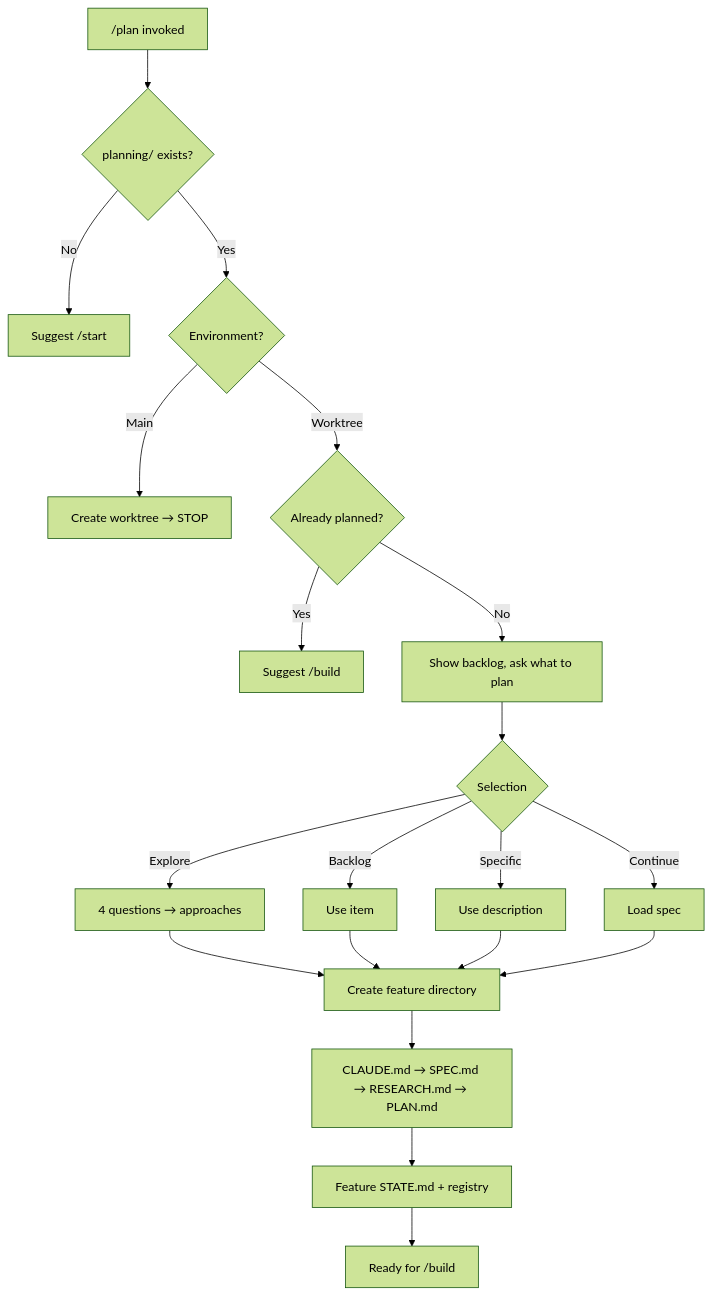
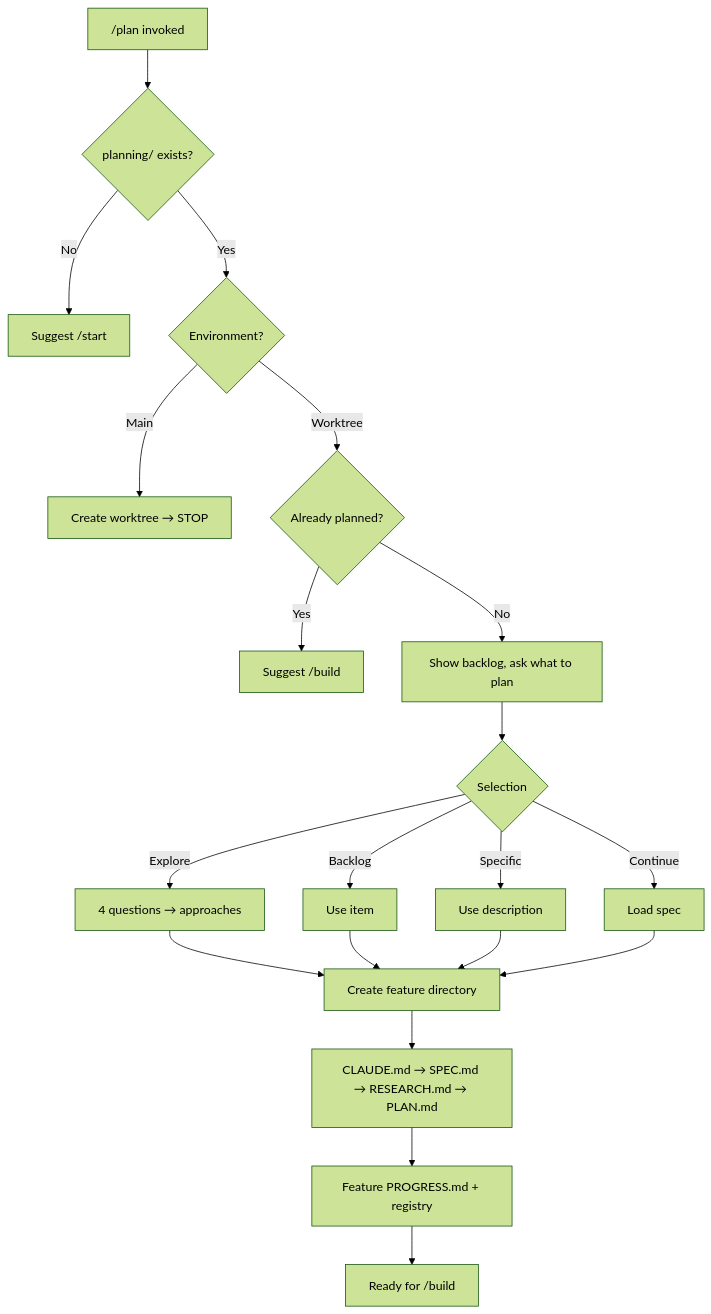
The second of 4 diagrams in skills/Planning/my-workflow/docs/workflow-scenario-maps.md (royhenengel/claude-customizations), drawn with Mermaid (forest theme) before and after one commit. The commit also changed other lines of this file and 16 other files, not shown here.

First line of the commit message:
Rename feature STATE.md to PROGRESS.md (#10)

````diff
--- a/skills/Planning/my-workflow/docs/workflow-scenario-maps.md
+++ b/skills/Planning/my-workflow/docs/workflow-scenario-maps.md
@@ -118,27 +118,27 @@
 ```mermaid
 flowchart TD
     START["/plan invoked"] --> PREREQ{"planning/ exists?"}
     PREREQ -->|"No"| SUGGEST_START["Suggest /start"]
     PREREQ -->|"Yes"| ENV{"Environment?"}
 
     ENV -->|"Main"| REDIRECT["Create worktree → STOP"]
     ENV -->|"Worktree"| CHECK{"Already planned?"}
 
     CHECK -->|"Yes"| BUILD["Suggest /build"]
     CHECK -->|"No"| SELECT["Show backlog, ask what to plan"]
 
     SELECT --> TYPE{"Selection"}
     TYPE -->|"Explore"| CLARIFY["4 questions → approaches"]
     TYPE -->|"Backlog"| USE_BL["Use item"]
     TYPE -->|"Specific"| USE_DESC["Use description"]
     TYPE -->|"Continue"| USE_SPEC["Load spec"]
 
     CLARIFY --> CREATE["Create feature directory"]
     USE_BL --> CREATE
     USE_DESC --> CREATE
     USE_SPEC --> CREATE
 
     CREATE --> DOCS["CLAUDE.md → SPEC.md → RESEARCH.md → PLAN.md"]
-    DOCS --> STATE["Feature STATE.md + registry"]
+    DOCS --> STATE["Feature PROGRESS.md + registry"]
     STATE --> DONE["Ready for /build"]
 ```
````
